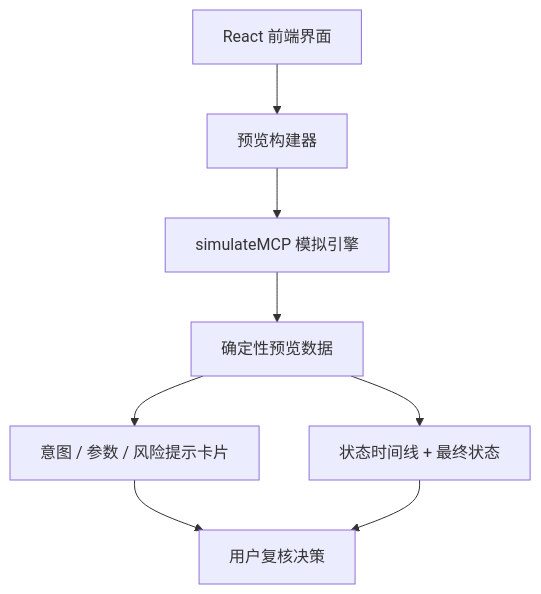
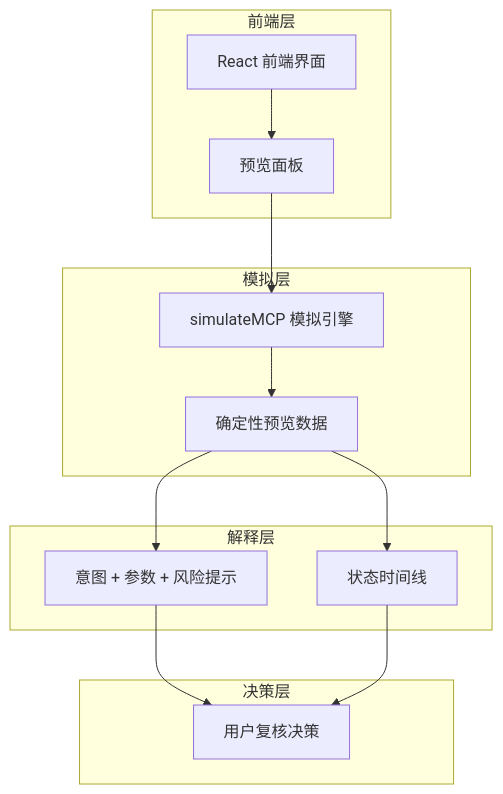
Before and after one commit to sunshineluyao/Moss-Mcp-Transaction: the eighth of 8 diagrams in README.md, drawn with Mermaid. The commit also changed other lines of this file, not shown here.

Commit message:
docs: redesign mermaid diagrams for cleaner compact layout

````diff
--- a/README.md
+++ b/README.md
@@ -479,10 +530,23 @@
 ```mermaid
 flowchart TB
-  UI[React 前端界面] --> Preview[预览构建器]
-  Preview --> Engine[simulateMCP 模拟引擎]
-  Engine --> Data[确定性预览数据]
-  Data --> Cards[意图 / 参数 / 风险提示卡片]
-  Data --> Timeline[状态时间线 + 最终状态]
-  Cards --> User[用户复核决策]
-  Timeline --> User
+  subgraph L1[前端层]
+    UI[React 前端界面] --> Preview[预览面板]
+  end
+
+  subgraph L2[模拟层]
+    Engine[simulateMCP 模拟引擎] --> Data[确定性预览数据]
+  end
+
+  subgraph L3[解释层]
+    Cards[意图 + 参数 + 风险提示]
+    Timeline[状态时间线]
+  end
+
+  subgraph L4[决策层]
+    User[用户复核决策]
+  end
+
+  Preview --> Engine
+  Data --> Cards --> User
+  Data --> Timeline --> User
 ```
````
